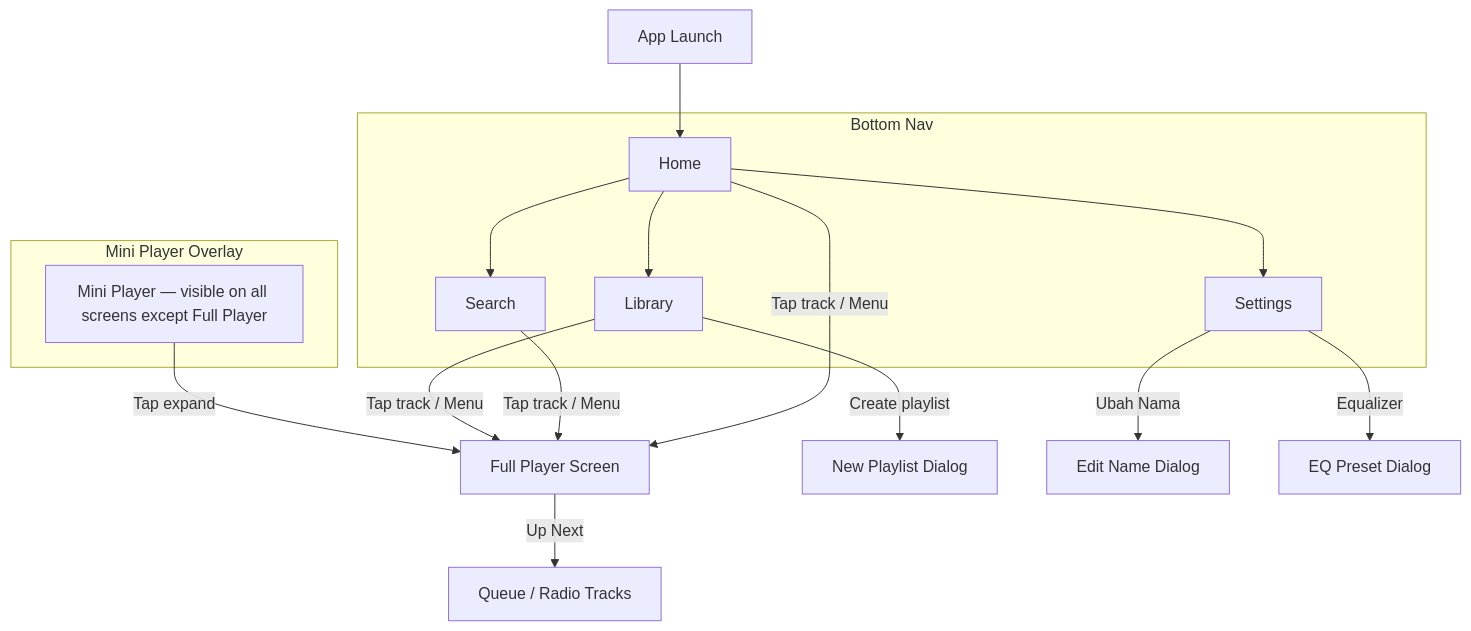
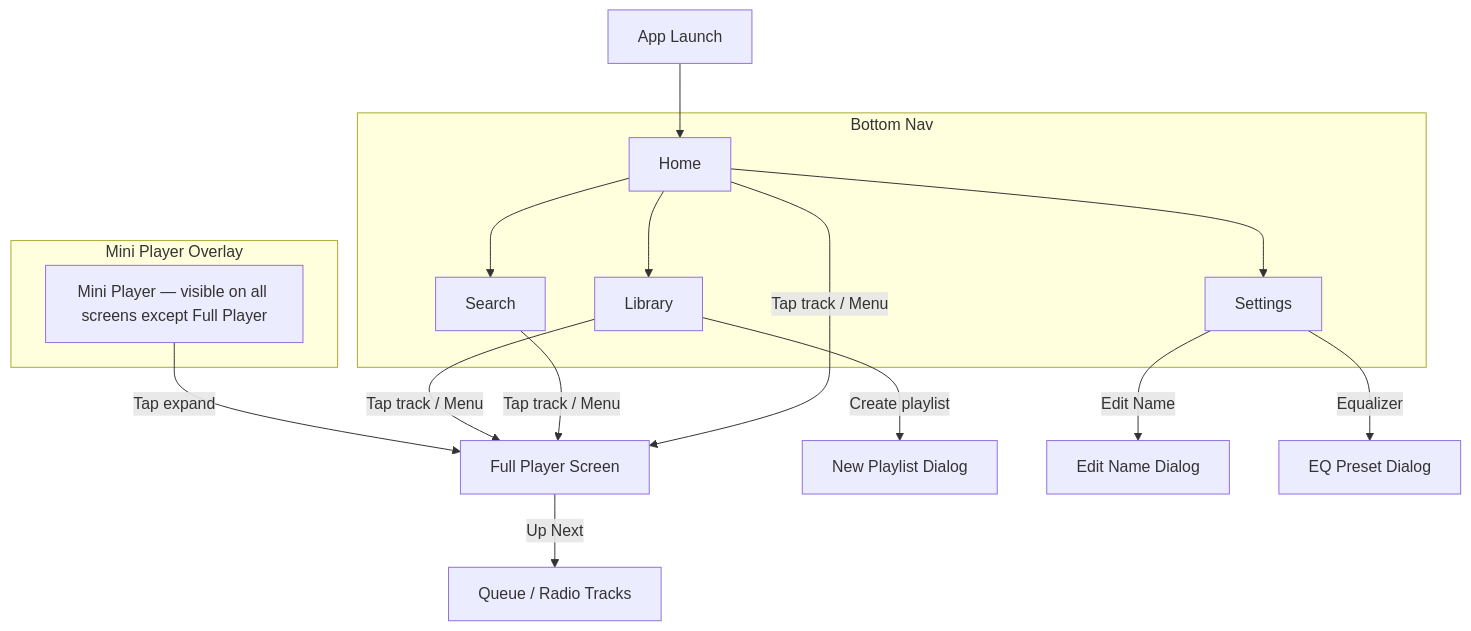
Before and after one commit to masrigaa/Denge-MusicApp: the diagram in docs/Design.md, drawn with Mermaid. The commit also changed other lines of this file and 17 other files, not shown here.

````diff
--- a/docs/Design.md
+++ b/docs/Design.md
@@ -13,30 +13,30 @@
 ```mermaid
 graph TD
     A[App Launch] --> B[Home Screen]
 
     B --> D[Search Screen]
     B --> E[Library Screen]
     B --> F[Settings Screen]
 
     B -->|Tap track / Menu| G[Full Player / Queue Action]
     D -->|Tap track / Menu| G
     E -->|Tap track / Menu| G
 
     E -->|Create playlist| K[New Playlist Dialog]
-    F -->|Ubah Nama| P[Edit Name Dialog]
+    F -->|Edit Name| P[Edit Name Dialog]
     F -->|Equalizer| N[EQ Preset Dialog]
 
     subgraph Bottom Nav
         B[Home]
         D[Search]
         E[Library]
         F[Settings]
     end
 
     subgraph Mini Player Overlay
         O[Mini Player — visible on all screens except Full Player]
     end
 
     O -->|Tap expand| G[Full Player Screen]
     G -->|Up Next| L[Queue / Radio Tracks]
 ```
````
